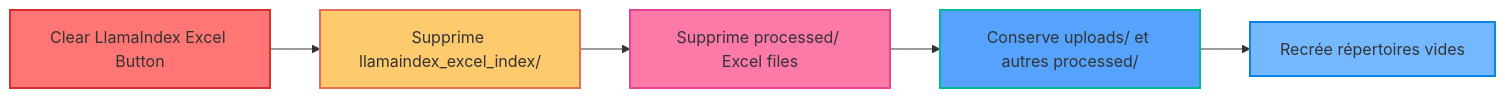
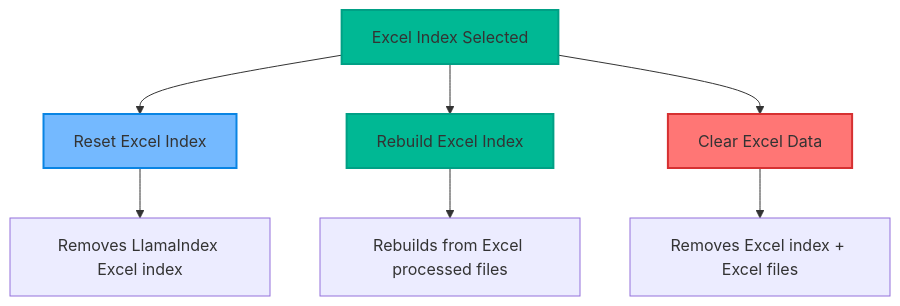
The fifth of 6 diagrams in docs/cleaning_buttons_analysis.md (Mil100057/Myr-Ag-system), drawn with Mermaid before and after one commit. The commit also changed other lines of this file and 24 other files, not shown here.

````diff
--- a/docs/cleaning_buttons_analysis.md
+++ b/docs/cleaning_buttons_analysis.md
@@ -139,13 +142,15 @@
 ```mermaid
-graph LR
-    A["Clear LlamaIndex Excel Button"] --> B["Supprime llamaindex_excel_index/"]
-    B --> C["Supprime processed/ Excel files"]
-    C --> D["Conserve uploads/ et autres processed/"]
-    D --> E["Recrée répertoires vides"]
-    
-    style A fill:#ff7675,stroke:#d63031,stroke-width:2px
-    style B fill:#fdcb6e,stroke:#e17055,stroke-width:2px
-    style C fill:#fd79a8,stroke:#e84393,stroke-width:2px
-    style D fill:#55a3ff,stroke:#00b894,stroke-width:2px
-    style E fill:#74b9ff,stroke:#0984e3,stroke-width:2px
+graph TB
+    A["Excel Index Selected"] --> B["Reset Excel Index"]
+    A --> C["Rebuild Excel Index"]
+    A --> D["Clear Excel Data"]
+  
+    B --> E["Removes LlamaIndex Excel index"]
+    C --> F["Rebuilds from Excel processed files"]
+    D --> G["Removes Excel index + Excel files"]
+  
+    style A fill:#00b894,stroke:#00a085,stroke-width:2px
+    style B fill:#74b9ff,stroke:#0984e3,stroke-width:2px
+    style C fill:#00b894,stroke:#00a085,stroke-width:2px
+    style D fill:#ff7675,stroke:#d63031,stroke-width:2px
 ```
````
